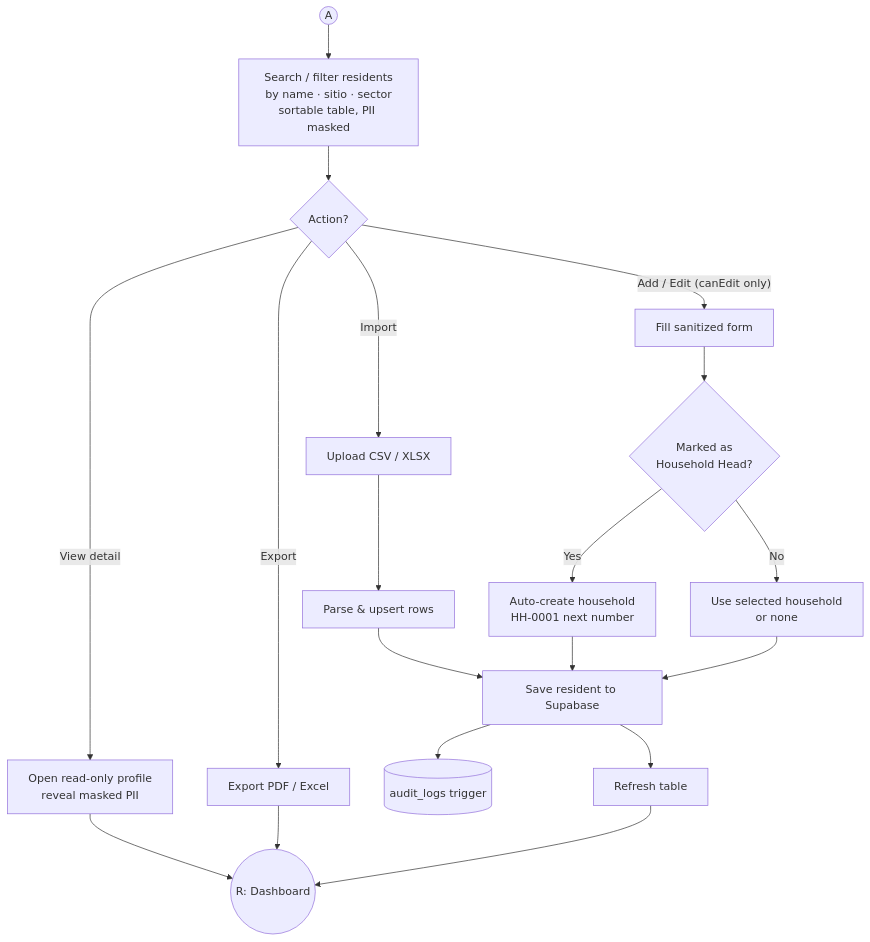
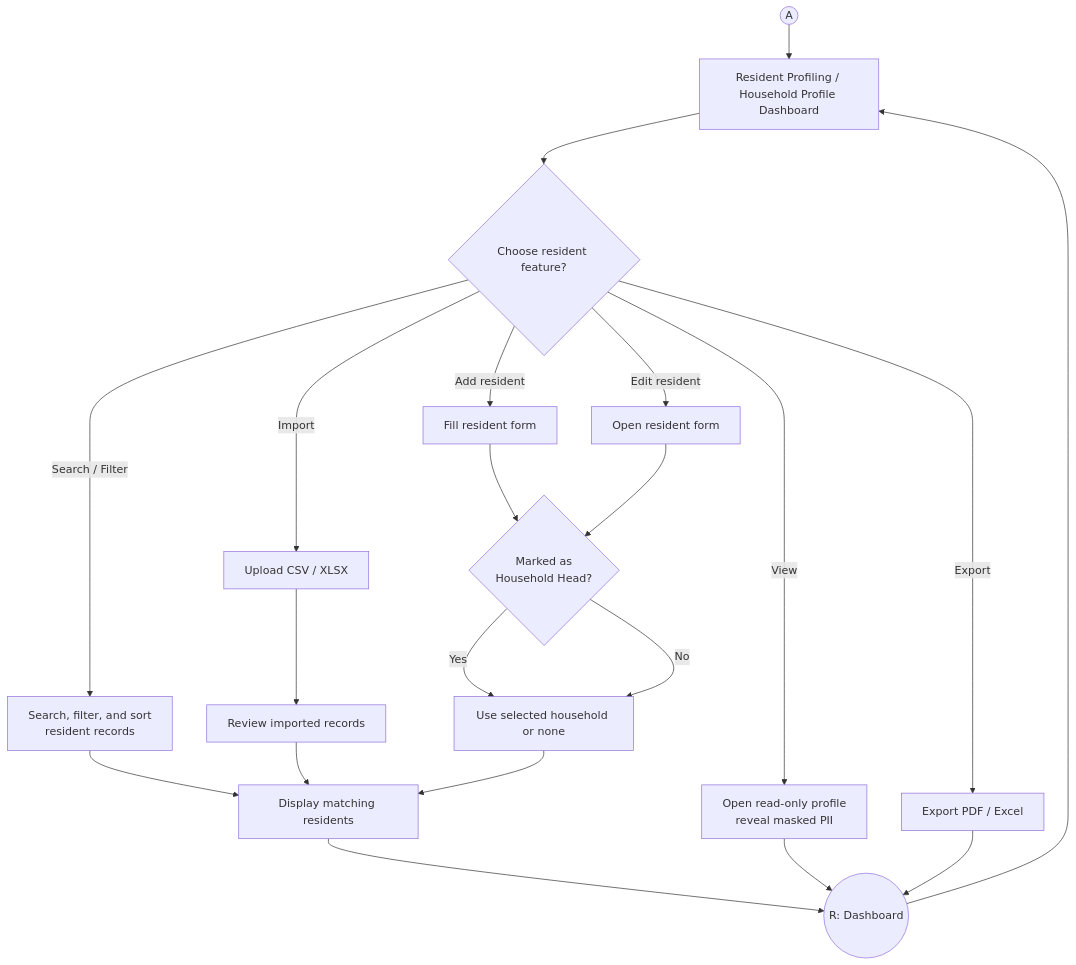
The diagram in diagrams/modules/resident_profiling.mmd (KellyEspera/protect), drawn with Mermaid before and after one commit. The commit also changed 7 other files, not shown here.

```diff
--- a/diagrams/modules/resident_profiling.mmd
+++ b/diagrams/modules/resident_profiling.mmd
@@ -1,20 +1,24 @@
 flowchart TD
-    A((A)) --> List[Search / filter residents<br/>by name · sitio · sector<br/>sortable table, PII masked]
-    List --> Act{Action?}
+    A((A)) --> Dashboard[Resident Profiling / Household Profile Dashboard]
+    Dashboard --> Act{Choose resident feature?}
 
-    Act -- View detail --> Detail[Open read-only profile<br/>reveal masked PII]
+    Act -- Search / Filter --> List[Search, filter, and sort<br/>resident records]
+    List --> Results[Display matching residents]
+    Act -- View --> Detail[Open read-only profile<br/>reveal masked PII]
     Act -- Export --> Exp[Export PDF / Excel]
-    Act -- Import --> Imp[Upload CSV / XLSX] --> Parse[Parse & upsert rows] --> Save
-    Act -- "Add / Edit (canEdit only)" --> Form[Fill sanitized form]
+    Act -- Import --> Imp[Upload CSV / XLSX]
+    Imp --> ImportReview[Review imported records]
+    ImportReview --> Results
+    Act -- Add resident --> AddForm[Fill resident form]
+    Act -- Edit resident --> EditForm[Open resident form]
 
-    Form --> Head{Marked as<br/>Household Head?}
-    Head -- Yes --> NewHH[Auto-create household<br/>HH-0001 next number]
-    Head -- No --> Link[Use selected household<br/>or none]
-    NewHH --> Save[Save resident to Supabase]
-    Link --> Save
-    Save --> Audit[(audit_logs trigger)]
-    Save --> Refresh[Refresh table]
+    AddForm --> Head{Marked as<br/>Household Head?}
+    EditForm --> Head
+    Head -- Yes --> Household[Create or select household]
+    Head -- No --> Household[Use selected household or none]
+    Household --> Results
 
-    Detail --> R((R: Dashboard))
+    Results --> R((R: Dashboard))
+    Detail --> R
     Exp --> R
-    Refresh --> R
+    R --> Dashboard
```
